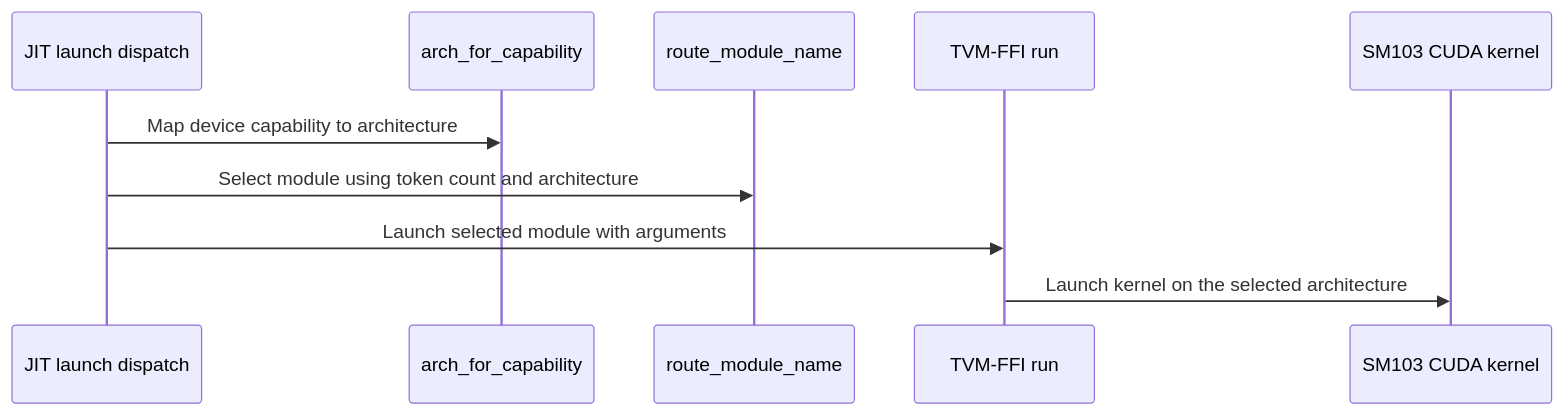
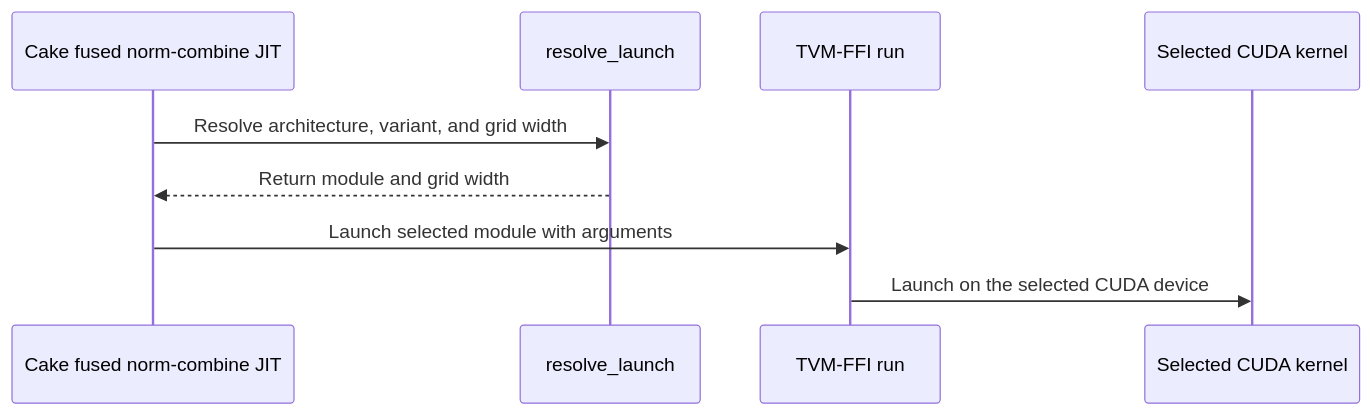
One commit to vincenjiang0707/ai-infra-knowledge-sources changed the diagram in sources/SRC-068/github_details/gh_bfb54282/pr_5540.md. Above: the diagram before and after it, drawn with Mermaid. The commit also changed other lines of this file and 7887 other files, not shown here.

````diff
--- a/sources/SRC-068/github_details/gh_bfb54282/pr_5540.md
+++ b/sources/SRC-068/github_details/gh_bfb54282/pr_5540.md
@@ -167,12 +218,11 @@
 ```mermaid
 sequenceDiagram
-  participant JIT as JIT launch dispatch
-  participant Capability as arch_for_capability
-  participant Route as route_module_name
+  participant JIT as Cake fused norm-combine JIT
+  participant Resolver as resolve_launch
   participant FFI as TVM-FFI run
-  participant Kernel as SM103 CUDA kernel
-  JIT->>Capability: Map device capability to architecture
-  JIT->>Route: Select module using token count and architecture
+  participant Kernel as Selected CUDA kernel
+  JIT->>Resolver: Resolve architecture, variant, and grid width
+  Resolver-->>JIT: Return module and grid width
   JIT->>FFI: Launch selected module with arguments
-  FFI->>Kernel: Launch kernel on the selected architecture
+  FFI->>Kernel: Launch on the selected CUDA device
 ```
````
